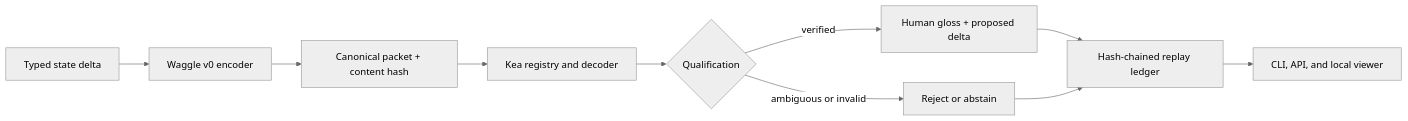
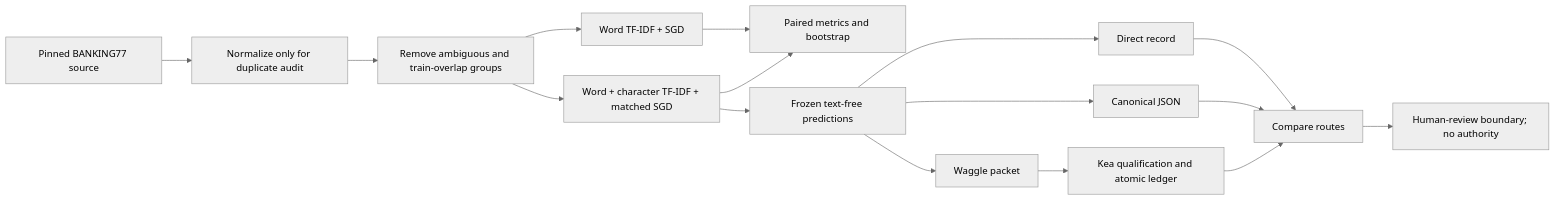
The diagram in README.md (willykeenan/waggle-kea), drawn with Mermaid (neutral theme) before and after one commit. The commit also changed other lines of this file and 20 other files, not shown here.

````diff
--- a/README.md
+++ b/README.md
@@ -36,12 +59,18 @@
 ```mermaid
 flowchart LR
-    A[Typed state delta] --> B[Waggle v0 encoder]
-    B --> C[Canonical packet + content hash]
-    C --> D[Kea registry and decoder]
-    D --> E{Qualification}
-    E -- verified --> F[Human gloss + proposed delta]
-    E -- ambiguous or invalid --> G[Reject or abstain]
-    F --> H[Hash-chained replay ledger]
-    G --> H
-    H --> I[CLI, API, and local viewer]
+    A[Pinned BANKING77 source] --> B[Normalize only for duplicate audit]
+    B --> C[Remove ambiguous and train-overlap groups]
+    C --> D1[Word TF-IDF + SGD]
+    C --> D2[Word + character TF-IDF + matched SGD]
+    D1 --> E[Paired metrics and bootstrap]
+    D2 --> E
+    D2 --> F[Frozen text-free predictions]
+    F --> G1[Direct record]
+    F --> G2[Canonical JSON]
+    F --> G3[Waggle packet]
+    G3 --> H[Kea qualification and atomic ledger]
+    G1 --> I[Compare routes]
+    G2 --> I
+    H --> I
+    I --> J[Human-review boundary; no authority]
 ```
````
